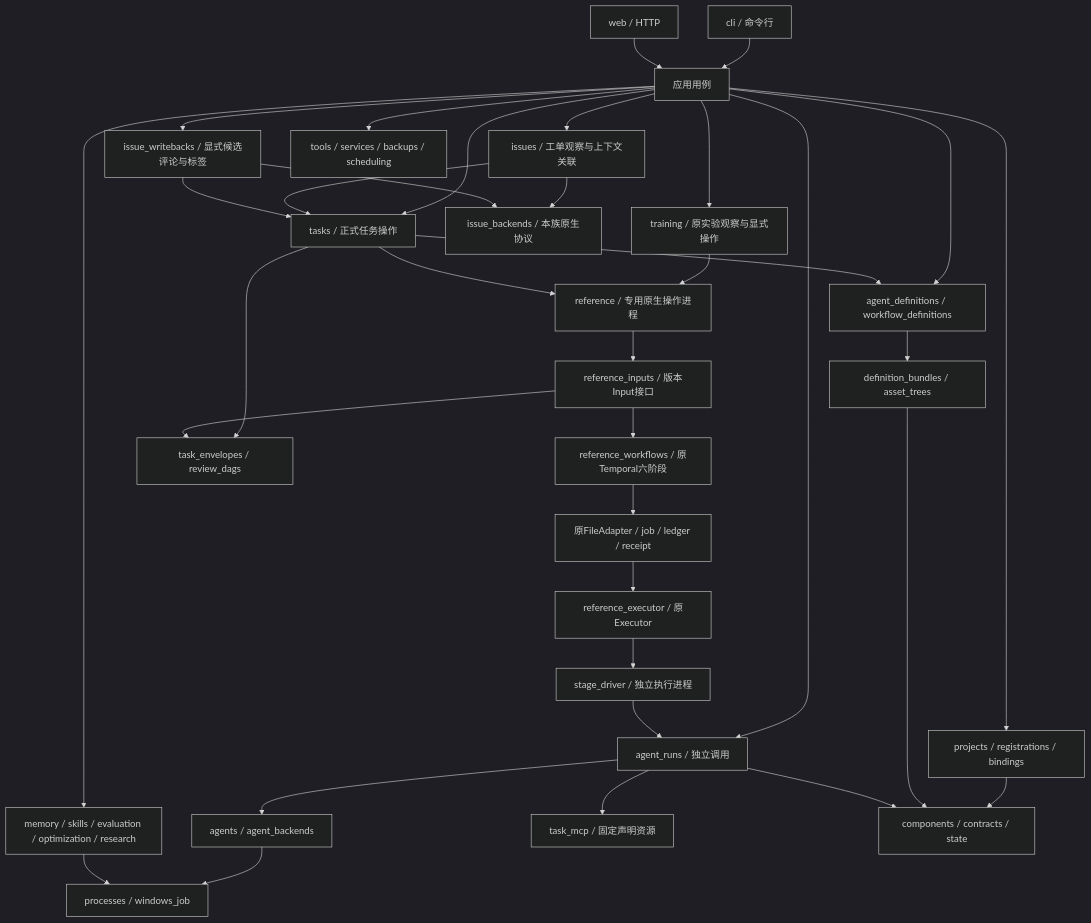
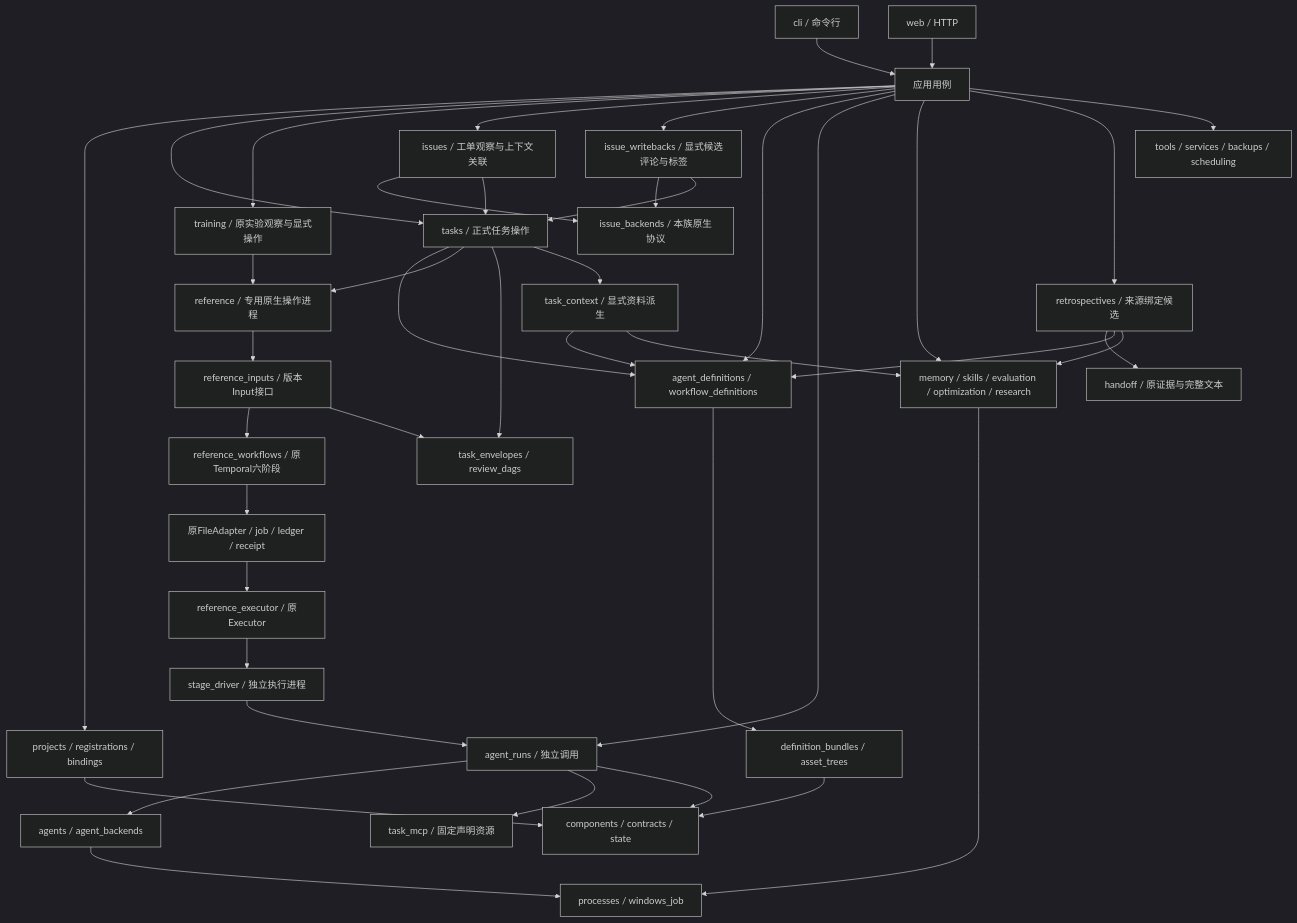
One commit to 626619403/Ergora changed the first of 8 diagrams in docs/architecture/current.md. Above: the diagram before and after it, drawn with Mermaid (dark theme). The commit also changed other lines of this file and 21 other files, not shown here.

````diff
--- a/docs/architecture/current.md
+++ b/docs/architecture/current.md
@@ -11,37 +13,44 @@
 ```mermaid
 flowchart TB
   CLI[cli / 命令行] --> Uses[应用用例]
   HTTP[web / HTTP] --> Uses
   Uses --> Project[projects / registrations / bindings]
   Uses --> Tasks[tasks / 正式任务操作]
   Uses --> Training[training / 原实验观察与显式操作]
   Training --> Reference
   Uses --> Issues[issues / 工单观察与上下文关联]
   Issues --> IssueBackends[issue_backends / 本族原生协议]
   Issues --> Tasks
   Uses --> Writebacks[issue_writebacks / 显式候选评论与标签]
   Writebacks --> IssueBackends
   Writebacks --> Tasks
   Uses --> Library[agent_definitions / workflow_definitions]
   Uses --> Runs[agent_runs / 独立调用]
   Uses --> Evolution[memory / skills / evaluation / optimization / research]
+  Uses --> Retrospective[retrospectives / 来源绑定候选]
+  Retrospective --> Evidence[handoff / 原证据与完整文本]
+  Retrospective --> Library
+  Retrospective --> Evolution
   Uses --> Ops[tools / services / backups / scheduling]
   Library --> Bundles[definition_bundles / asset_trees]
   Tasks --> Library
   Tasks --> Reference[reference / 专用原生操作进程]
   Reference --> Input[reference_inputs / 版本Input接口]
   Input --> Flow[reference_workflows / 原Temporal六阶段]
   Flow --> Files[原FileAdapter / job / ledger / receipt]
   Files --> Executor[reference_executor / 原Executor]
   Executor --> Driver[stage_driver / 独立执行进程]
   Driver --> Runs
   Runs --> Agents[agents / agent_backends]
   Runs --> MCP[task_mcp / 固定声明资源]
   Agents --> Processes[processes / windows_job]
   Evolution --> Processes
   Project --> Base[components / contracts / state]
   Bundles --> Base
   Runs --> Base
   Tasks --> Envelope[task_envelopes / review_dags]
+  Tasks --> Context[task_context / 显式资料派生]
+  Context --> Library
+  Context --> Evolution
   Input --> Envelope
 ```
````
